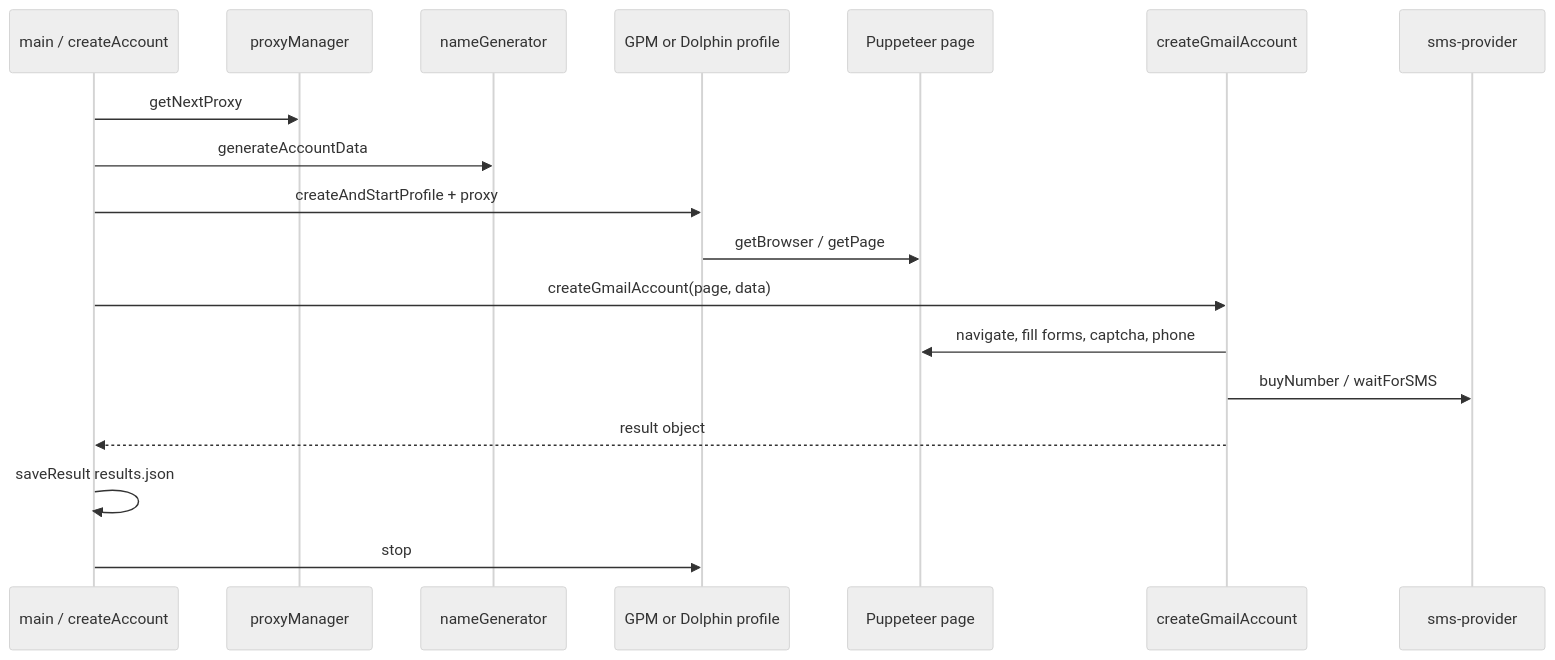
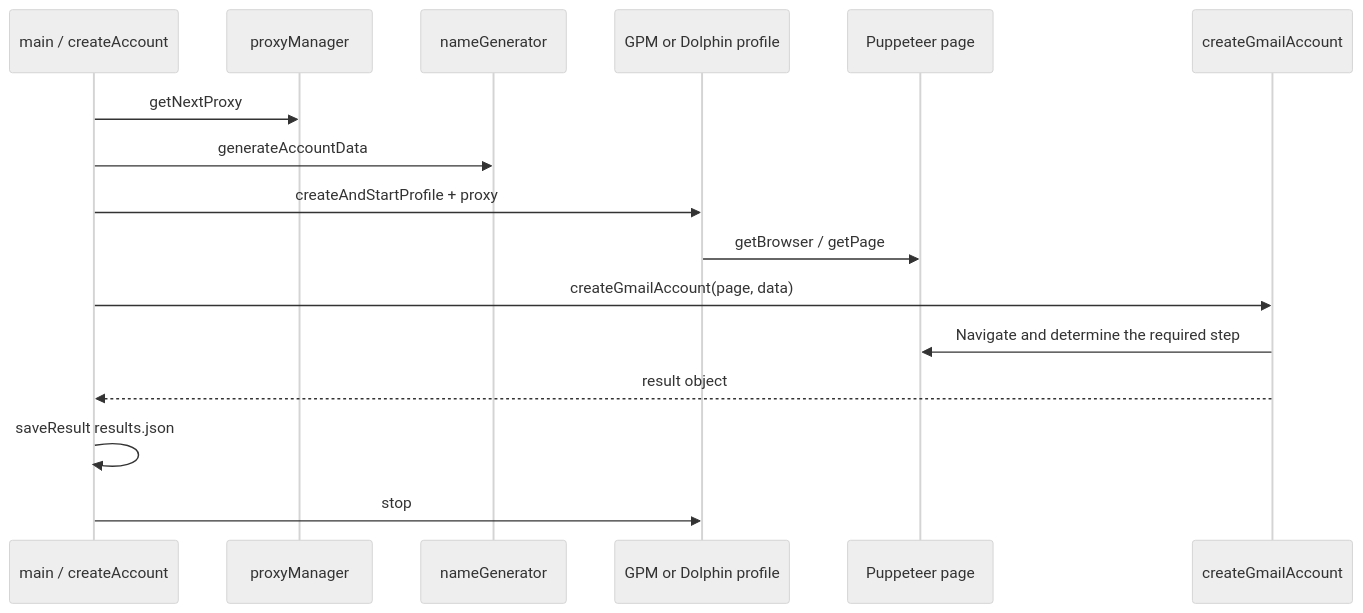
The second of 3 diagrams in README.md (lihah111222333-cloud/camoufox-profile-suite), drawn with Mermaid (neutral theme) before and after one commit. The commit also changed other lines of this file and 51 other files, not shown here.

````diff
--- a/README.md
+++ b/README.md
@@ -164,21 +164,19 @@
 ```mermaid
 sequenceDiagram
   participant M as main / createAccount
   participant P as proxyManager
   participant N as nameGenerator
   participant Pr as GPM or Dolphin profile
   participant PP as Puppeteer page
   participant G as createGmailAccount
-  participant S as sms-provider
 
   M->>P: getNextProxy
   M->>N: generateAccountData
   M->>Pr: createAndStartProfile + proxy
   Pr->>PP: getBrowser / getPage
   M->>G: createGmailAccount(page, data)
-  G->>PP: navigate, fill forms, captcha, phone
-  G->>S: buyNumber / waitForSMS
+  G->>PP: Navigate and determine the required step
   G-->>M: result object
   M->>M: saveResult results.json
   M->>Pr: stop
 ```
````
